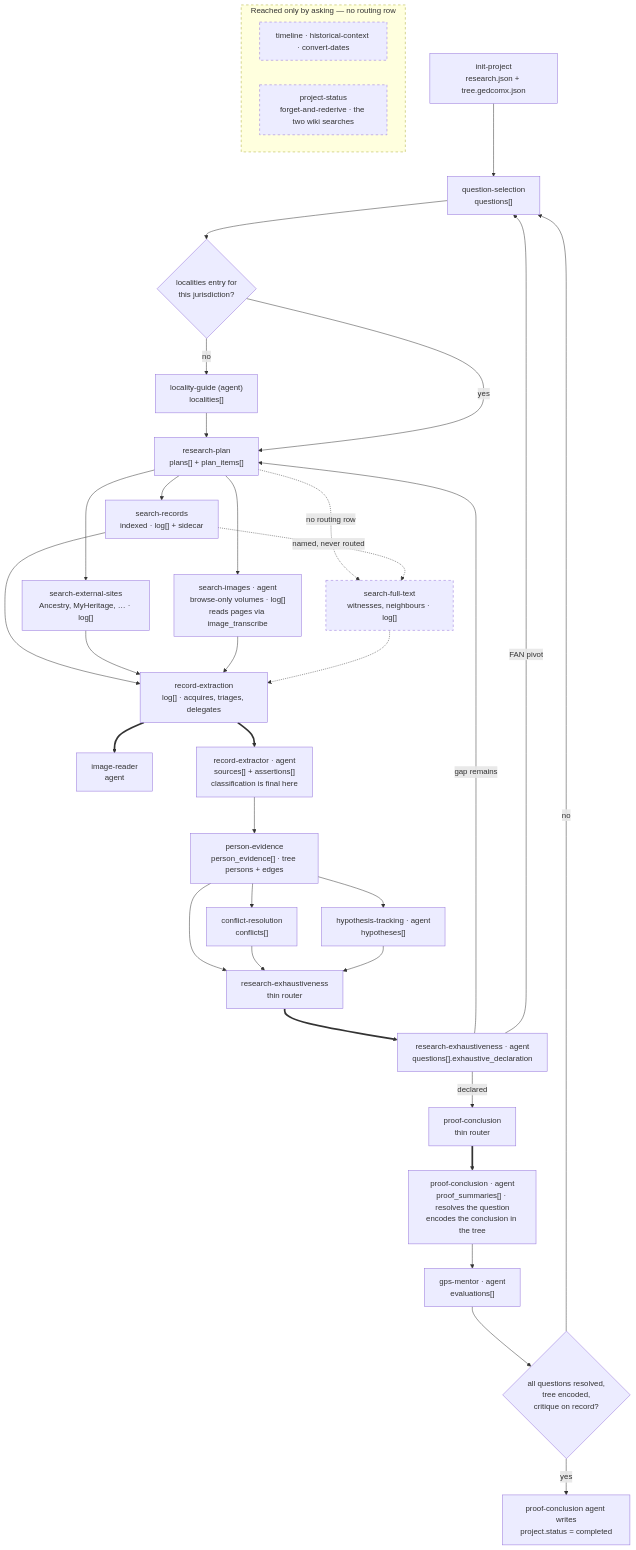
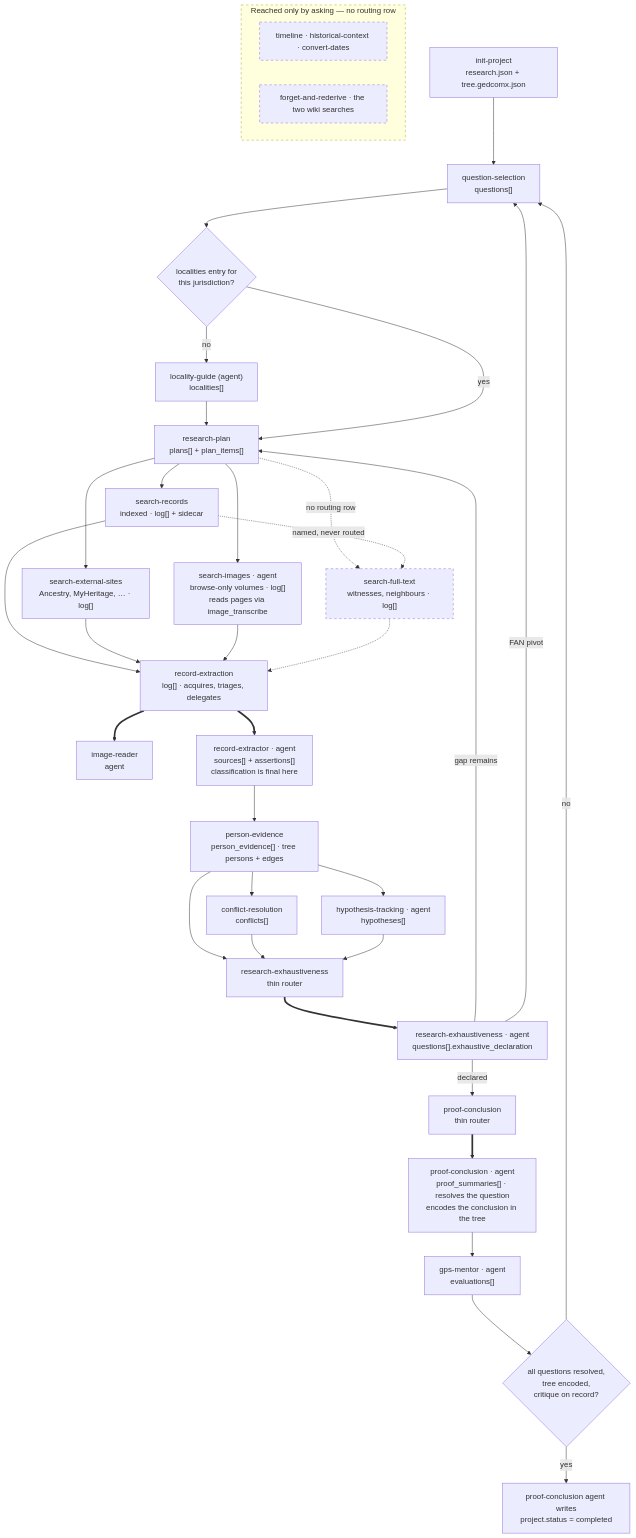
The diagram in docs/skill-dataflow.md (PioneerAIAcademy/cowork-genealogy), drawn with Mermaid before and after one commit. The commit also changed other lines of this file and 41 other files, not shown here.

First line of the commit message:
Replace the project-status skill with an agent (#2793) (#3092)

````diff
--- a/docs/skill-dataflow.md
+++ b/docs/skill-dataflow.md
@@ -65,51 +65,51 @@
 ```mermaid
 flowchart TD
     IP["init-project<br/>research.json + tree.gedcomx.json"] --> QS
     QS["question-selection<br/>questions[]"] --> LOCGATE
     LOCGATE{"localities entry for<br/>this jurisdiction?"}
     LOCGATE -- no --> LG["locality-guide (agent)<br/>localities[]"] --> RP
     LOCGATE -- yes --> RP["research-plan<br/>plans[] + plan_items[]"]
 
     RP --> SR["search-records<br/>indexed · log[] + sidecar"]
     RP --> SE["search-external-sites<br/>Ancestry, MyHeritage, … · log[]"]
     RP --> SIA["search-images · agent<br/>browse-only volumes · log[]<br/>reads pages via image_transcribe"]
     RP -.->|"no routing row"| SF["search-full-text<br/>witnesses, neighbours · log[]"]
     SR -.->|"named, never routed"| SF
     RE ==> IR["image-reader<br/>agent"]
 
     SR --> RE
     SE --> RE
     SIA --> RE
     SF -.-> RE
     RE["record-extraction<br/>log[] · acquires, triages, delegates"]
     RE ==> RX["record-extractor · agent<br/>sources[] + assertions[]<br/>classification is final here"]
 
     RX --> PE["person-evidence<br/>person_evidence[] · tree persons + edges"]
     PE --> CR["conflict-resolution<br/>conflicts[]"]
     PE --> HT["hypothesis-tracking · agent<br/>hypotheses[]"]
     PE --> EX
     CR --> EX
     HT --> EX
 
     EX["research-exhaustiveness<br/>thin router"]
     EX ==> EXA["research-exhaustiveness · agent<br/>questions[].exhaustive_declaration"]
     EXA -- "gap remains" --> RP
     EXA -- "FAN pivot" --> QS
     EXA -- "declared" --> PC
 
     PC["proof-conclusion<br/>thin router"]
     PC ==> PCA["proof-conclusion · agent<br/>proof_summaries[] · resolves the question<br/>encodes the conclusion in the tree"]
     PCA --> GM["gps-mentor · agent<br/>evaluations[]"]
     GM --> GATE{"all questions resolved,<br/>tree encoded,<br/>critique on record?"}
     GATE -- no --> QS
     GATE -- yes --> DONE["proof-conclusion agent writes<br/>project.status = completed"]
 
     subgraph ASK ["Reached only by asking — no routing row"]
         direction LR
         U1["timeline · historical-context · convert-dates"]
-        U2["project-status<br/>forget-and-rederive · the two wiki searches"]
+        U2["forget-and-rederive · the two wiki searches"]
     end
 
     classDef unrouted stroke-dasharray: 5 5
     class SF,ASK,U1,U2 unrouted
 ```
````
